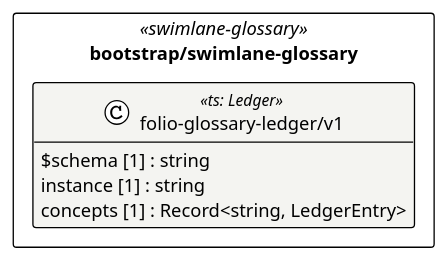
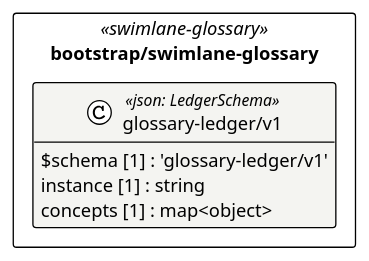
Before and after one commit to litlfred/folio-assistant: the diagram in cat-harness/uml/overview/bootstrap/swimlane-glossary.puml, drawn with PlantUML. The commit also changed 56 other files, not shown here.

First line of the commit message:
Regenerate what group D moved: UML overview (bootstrap has no qa graph), glossary, schema page, READMEs, .pot templates, handler index

```diff
--- a/cat-harness/uml/overview/bootstrap/swimlane-glossary.puml
+++ b/cat-harness/uml/overview/bootstrap/swimlane-glossary.puml
@@ -3,17 +3,17 @@
 @startuml bootstrap_swimlane_glossary
 !pragma layout elk
 !theme plain
 skinparam classAttributeIconSize 0
 skinparam shadowing false
 skinparam packageStyle rectangle
 hide empty methods
 
 package "bootstrap/swimlane-glossary" as pkg_bootstrap_swimlane_glossary <<swimlane-glossary>> {
-  class "folio-glossary-ledger/v1" as bootstrap_swimlane_glossary_folio_glossary_ledger_v1 <<ts: Ledger>> #f4f4f1 {
-    $schema [1] : string
+  class "glossary-ledger/v1" as bootstrap_swimlane_glossary_glossary_ledger_v1_glossary_ledger_v1 <<json: LedgerSchema>> #f4f4f1 {
+    $schema [1] : 'glossary-ledger/v1'
     instance [1] : string
-    concepts [1] : Record<string, LedgerEntry>
+    concepts [1] : map<object>
   }
 }
 
 @enduml
```
